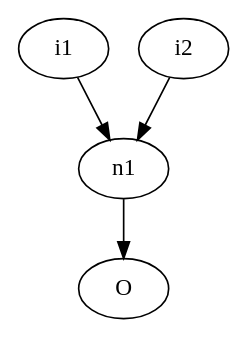
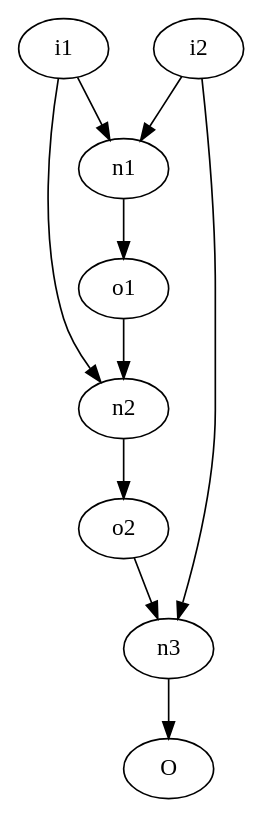
One commit to dilawar/Others changed the diagram in Hrishikesh/rotation2/network.dot. Above: the diagram before and after it, drawn with Graphviz. The commit also changed 1 other file, not shown here.

```diff
--- a/Hrishikesh/rotation2/network.dot
+++ b/Hrishikesh/rotation2/network.dot
@@ -1,4 +1,6 @@
 digraph xor 
 {
-    i1, i2 -> n1 -> O;
+    i1, i2 -> n1 -> o1;
+    o1, i1 -> n2 -> o2;
+    i2, o2 -> n3 -> O;
 }
```
